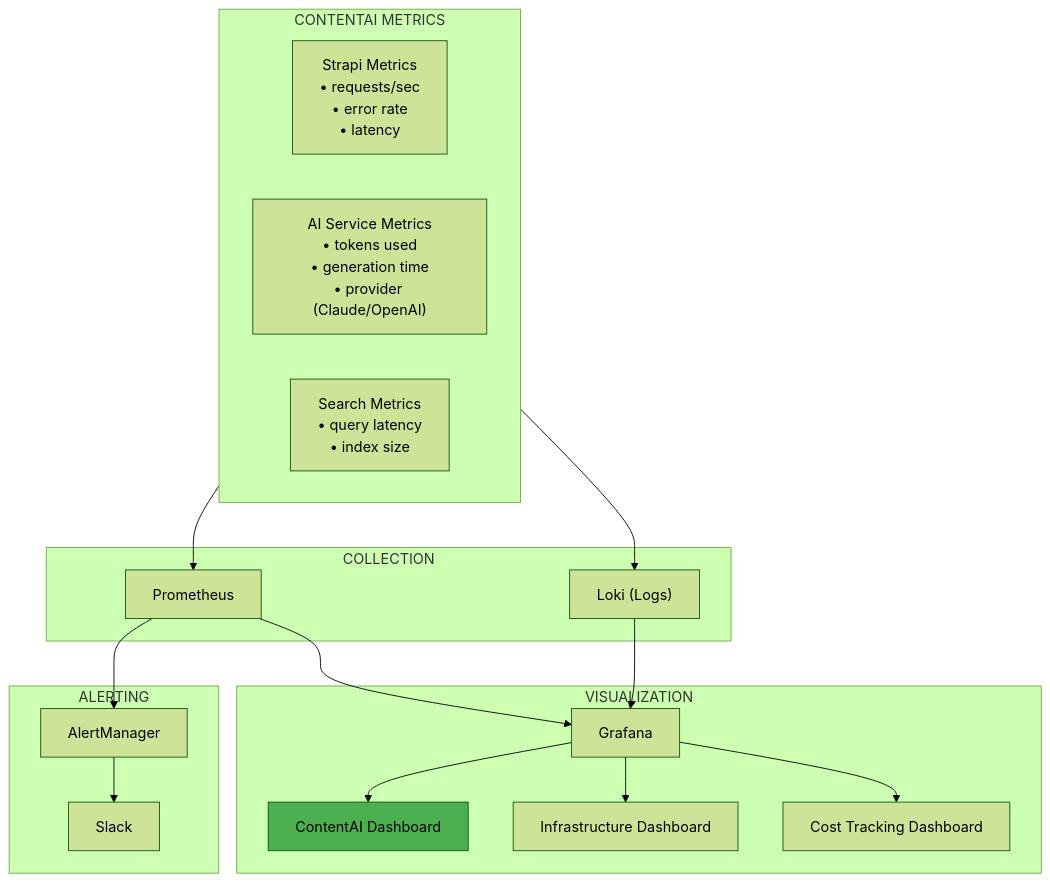
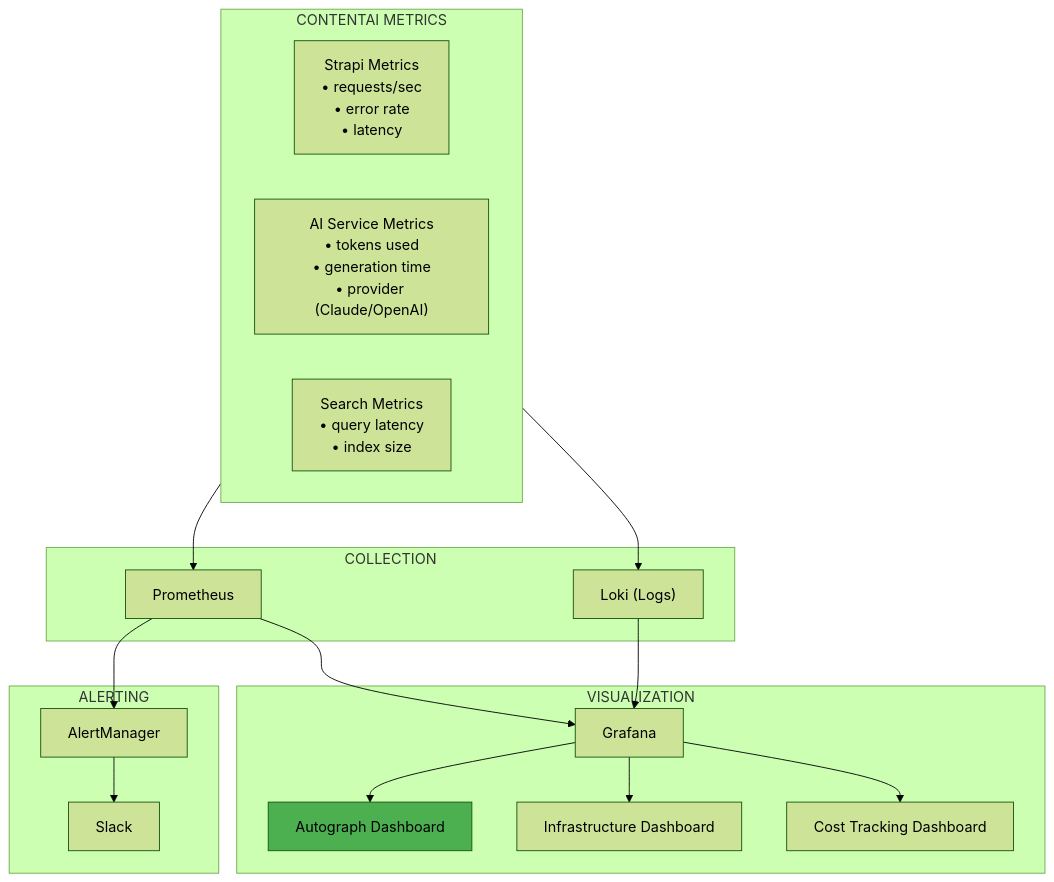
Before and after one commit to PearlThoughtsInternship/Internship-Obsidian-Vault: the sixth of 9 diagrams in DevOps/01-Product/04-Target-Architecture.md, drawn with Mermaid (forest theme). The commit also changed other lines of this file and 8 other files, not shown here.

First line of the commit message:
rebrand: Complete ContentAI → Autograph rename across all docs

````diff
--- a/DevOps/01-Product/04-Target-Architecture.md
+++ b/DevOps/01-Product/04-Target-Architecture.md
@@ -280,34 +280,34 @@
 ```mermaid
 flowchart TB
-    subgraph ContentAI["CONTENTAI METRICS"]
+    subgraph Autograph["CONTENTAI METRICS"]
         Strapi["Strapi Metrics\n• requests/sec\n• error rate\n• latency"]
         AI["AI Service Metrics\n• tokens used\n• generation time\n• provider (Claude/OpenAI)"]
         Search["Search Metrics\n• query latency\n• index size"]
     end
 
     subgraph Collection["COLLECTION"]
         Prom["Prometheus"]
         Loki["Loki (Logs)"]
     end
 
     subgraph Visualization["VISUALIZATION"]
         Graf["Grafana"]
-        Dash1["ContentAI Dashboard"]
+        Dash1["Autograph Dashboard"]
         Dash2["Infrastructure Dashboard"]
         Dash3["Cost Tracking Dashboard"]
     end
 
     subgraph Alerting["ALERTING"]
         AM["AlertManager"]
         Slack["Slack"]
     end
 
-    ContentAI --> Prom
-    ContentAI --> Loki
+    Autograph --> Prom
+    Autograph --> Loki
     Prom --> Graf
     Loki --> Graf
     Graf --> Dash1 & Dash2 & Dash3
     Prom --> AM --> Slack
 
     style Dash1 fill:#4CAF50
 ```
````
